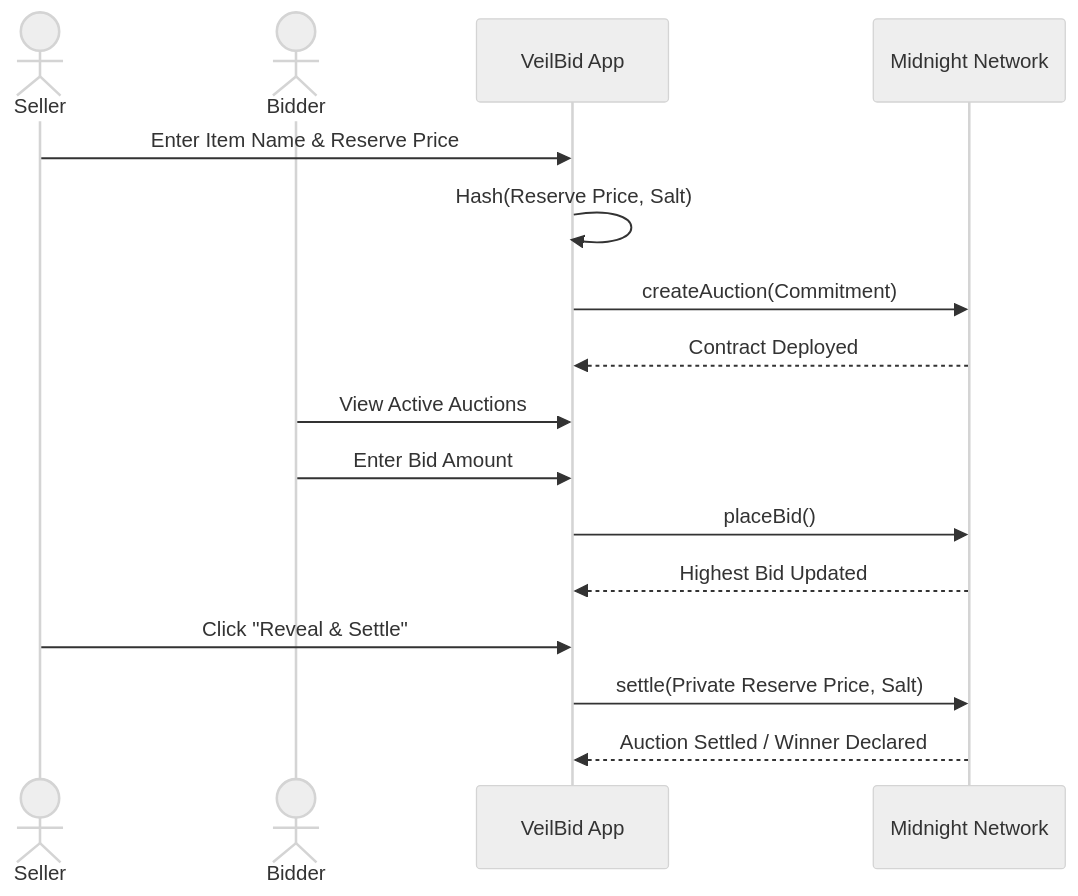
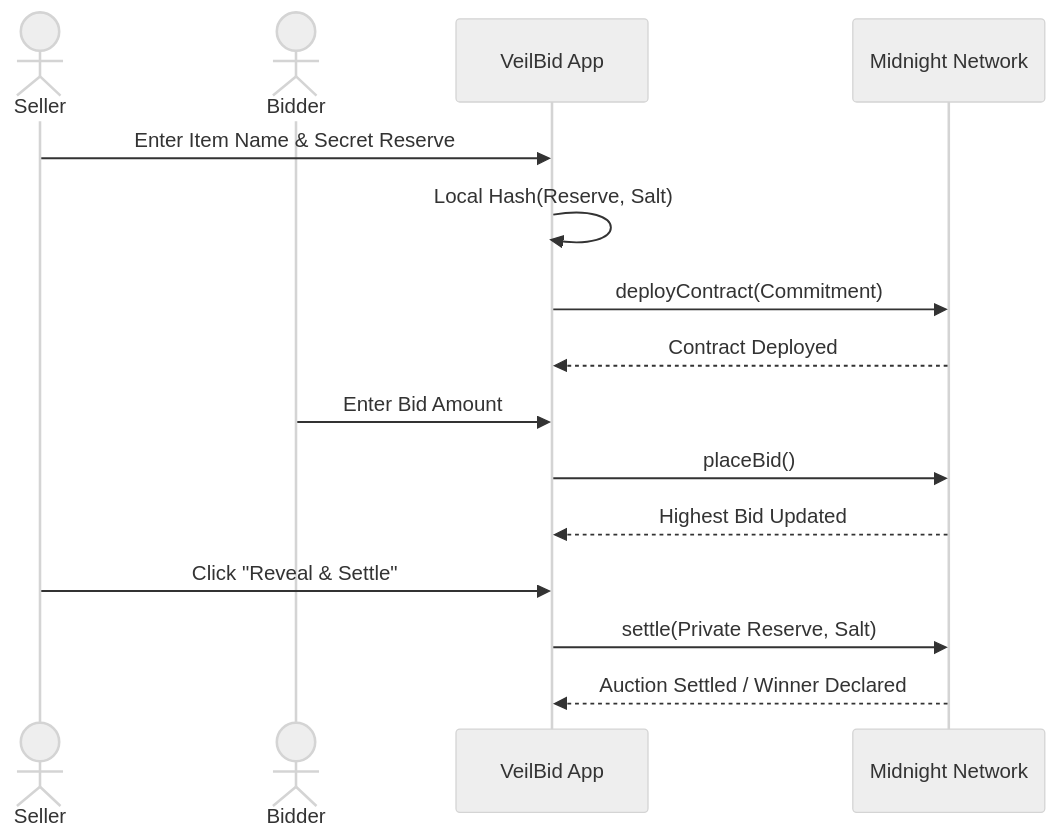
The second of 2 diagrams in README.md (thisisouvik/VeilBid), drawn with Mermaid (neutral theme) before and after one commit. The commit also changed other lines of this file and 2 other files, not shown here.

Commit message:
feat: add setup and usage guides for local development and auction interaction

````diff
--- a/README.md
+++ b/README.md
@@ -139,19 +121,20 @@
 ```mermaid
 sequenceDiagram
     actor Seller
     actor Bidder
     participant VeilBid App
     participant Midnight Network
 
-    Seller->>VeilBid App: Enter Item Name & Reserve Price
-    VeilBid App->>VeilBid App: Hash(Reserve Price, Salt)
-    VeilBid App->>Midnight Network: createAuction(Commitment)
+    Seller->>VeilBid App: Enter Item Name & Secret Reserve
+    VeilBid App->>VeilBid App: Local Hash(Reserve, Salt)
+    VeilBid App->>Midnight Network: deployContract(Commitment)
     Midnight Network-->>VeilBid App: Contract Deployed
-    Bidder->>VeilBid App: View Active Auctions
+    
     Bidder->>VeilBid App: Enter Bid Amount
     VeilBid App->>Midnight Network: placeBid()
     Midnight Network-->>VeilBid App: Highest Bid Updated
+    
     Seller->>VeilBid App: Click "Reveal & Settle"
-    VeilBid App->>Midnight Network: settle(Private Reserve Price, Salt)
+    VeilBid App->>Midnight Network: settle(Private Reserve, Salt)
     Midnight Network-->>VeilBid App: Auction Settled / Winner Declared
 ```
````
